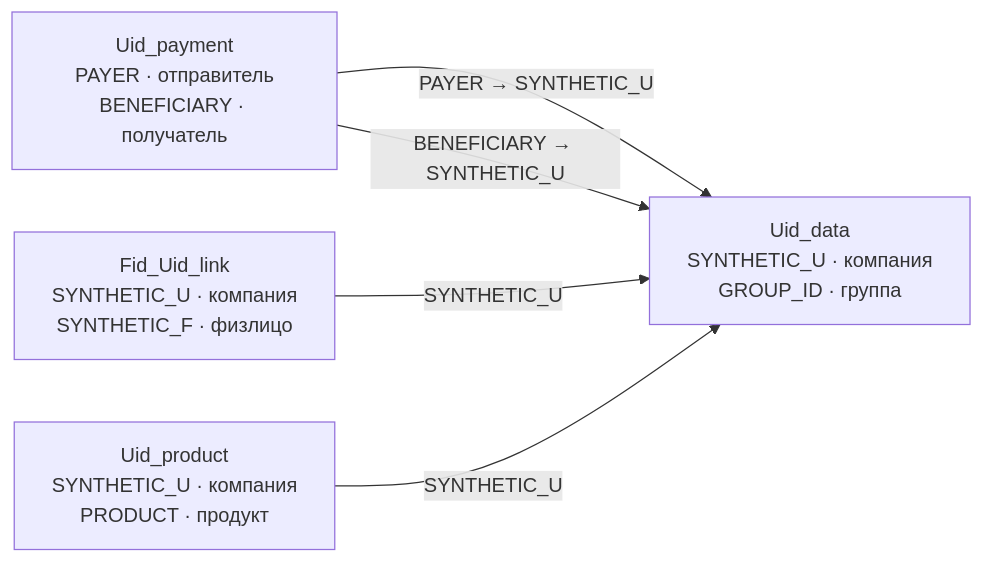
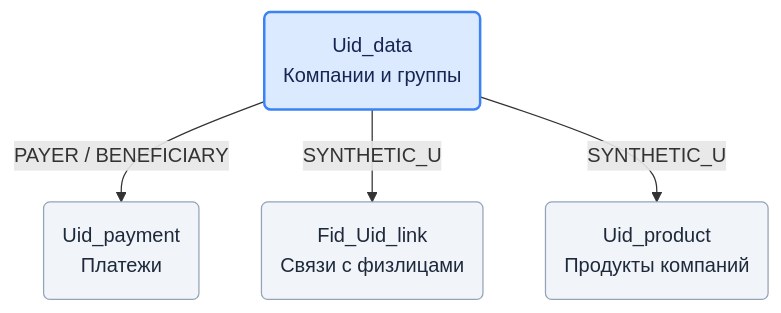
The diagram in data/README.md (levg00/alfa-bank-personalization), drawn with Mermaid before and after one commit.

````diff
--- a/data/README.md
+++ b/data/README.md
@@ -18,11 +18,16 @@
 ```mermaid
-flowchart LR
-    C["Uid_data<br/>SYNTHETIC_U · компания<br/>GROUP_ID · группа"]
-    P["Uid_payment<br/>PAYER · отправитель<br/>BENEFICIARY · получатель"]
-    F["Fid_Uid_link<br/>SYNTHETIC_U · компания<br/>SYNTHETIC_F · физлицо"]
-    R["Uid_product<br/>SYNTHETIC_U · компания<br/>PRODUCT · продукт"]
-    P -->|PAYER → SYNTHETIC_U| C
-    P -->|BENEFICIARY → SYNTHETIC_U| C
-    F -->|SYNTHETIC_U| C
-    R -->|SYNTHETIC_U| C
+flowchart TB
+    C("Uid_data<br/>Компании и группы")
+    P("Uid_payment<br/>Платежи")
+    F("Fid_Uid_link<br/>Связи с физлицами")
+    R("Uid_product<br/>Продукты компаний")
+
+    C -->|PAYER / BENEFICIARY| P
+    C -->|SYNTHETIC_U| F
+    C -->|SYNTHETIC_U| R
+
+    classDef central fill:#dbeafe,stroke:#3b82f6,color:#172554,stroke-width:2px
+    classDef related fill:#f1f5f9,stroke:#94a3b8,color:#1e293b
+    class C central
+    class P,F,R related
 ```
````
